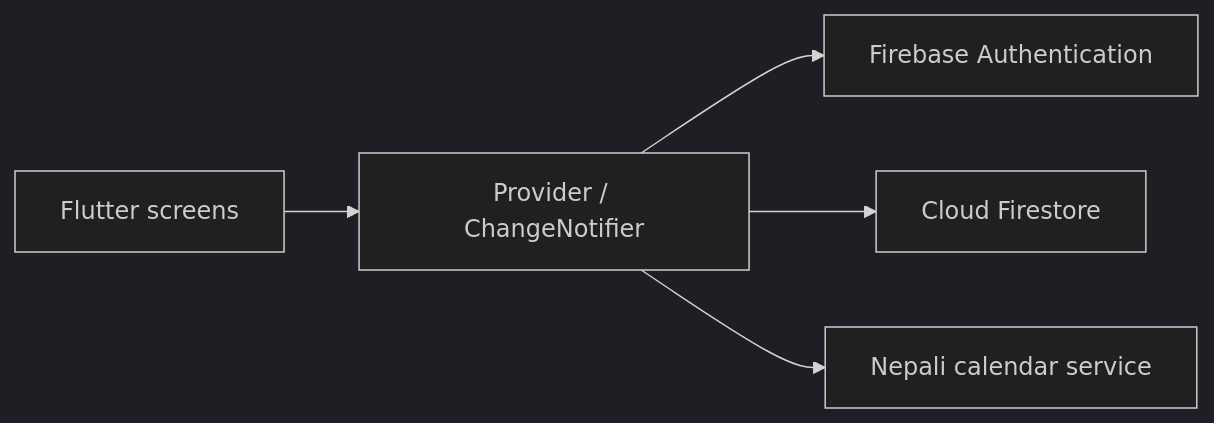
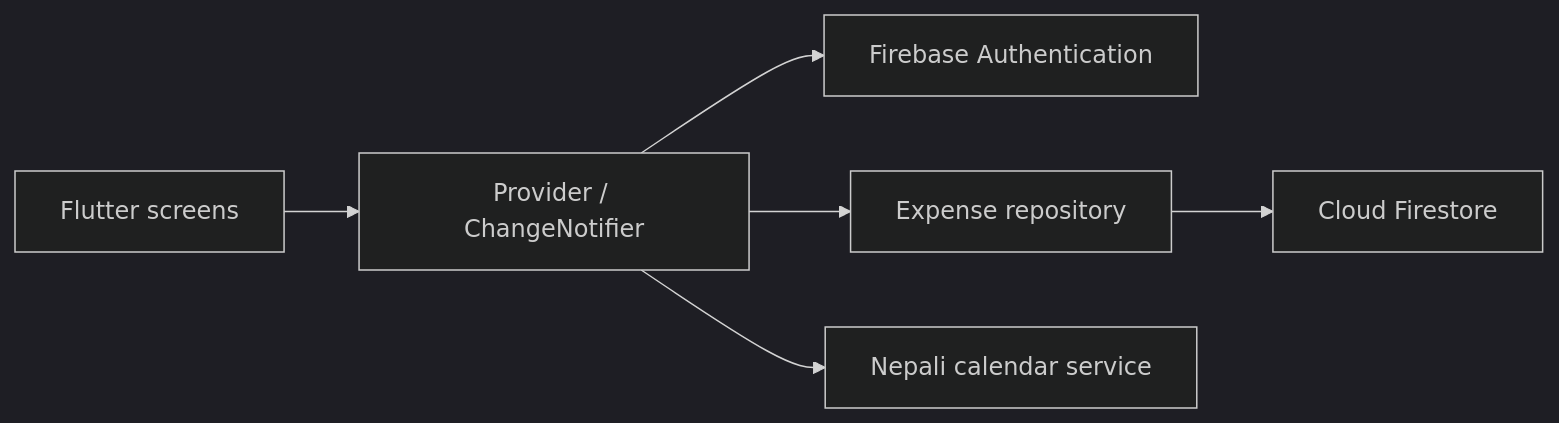
One commit to bibasshrestha980-npl/expense_tracker changed the diagram in README.md. Above: the diagram before and after it, drawn with Mermaid (dark theme). The commit also changed other lines of this file and 1 other file, not shown here.

````diff
--- a/README.md
+++ b/README.md
@@ -98,7 +97,8 @@
 ```mermaid
 flowchart LR
     UI[Flutter screens] --> State[Provider / ChangeNotifier]
     State --> Auth[Firebase Authentication]
-    State --> DB[Cloud Firestore]
+    State --> Repository[Expense repository]
+    Repository --> DB[Cloud Firestore]
     State --> Calendar[Nepali calendar service]
 ```
````
